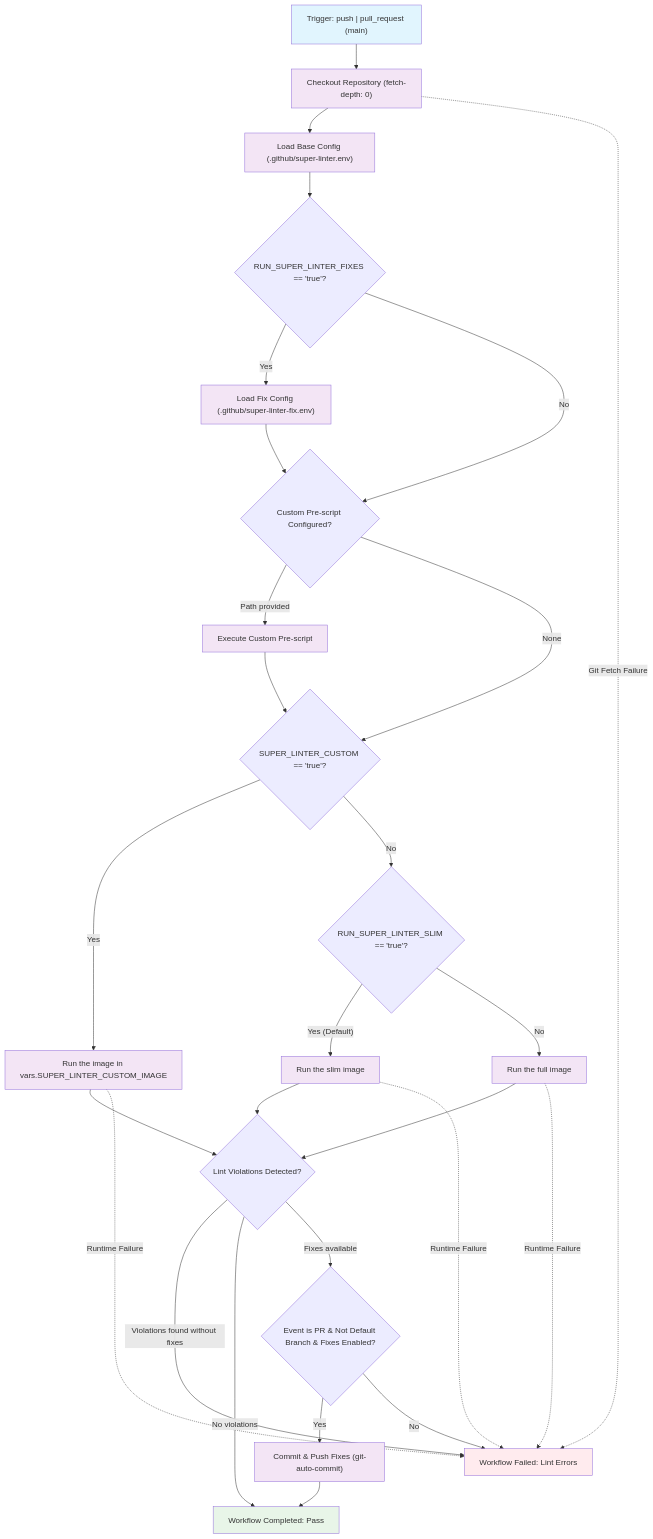
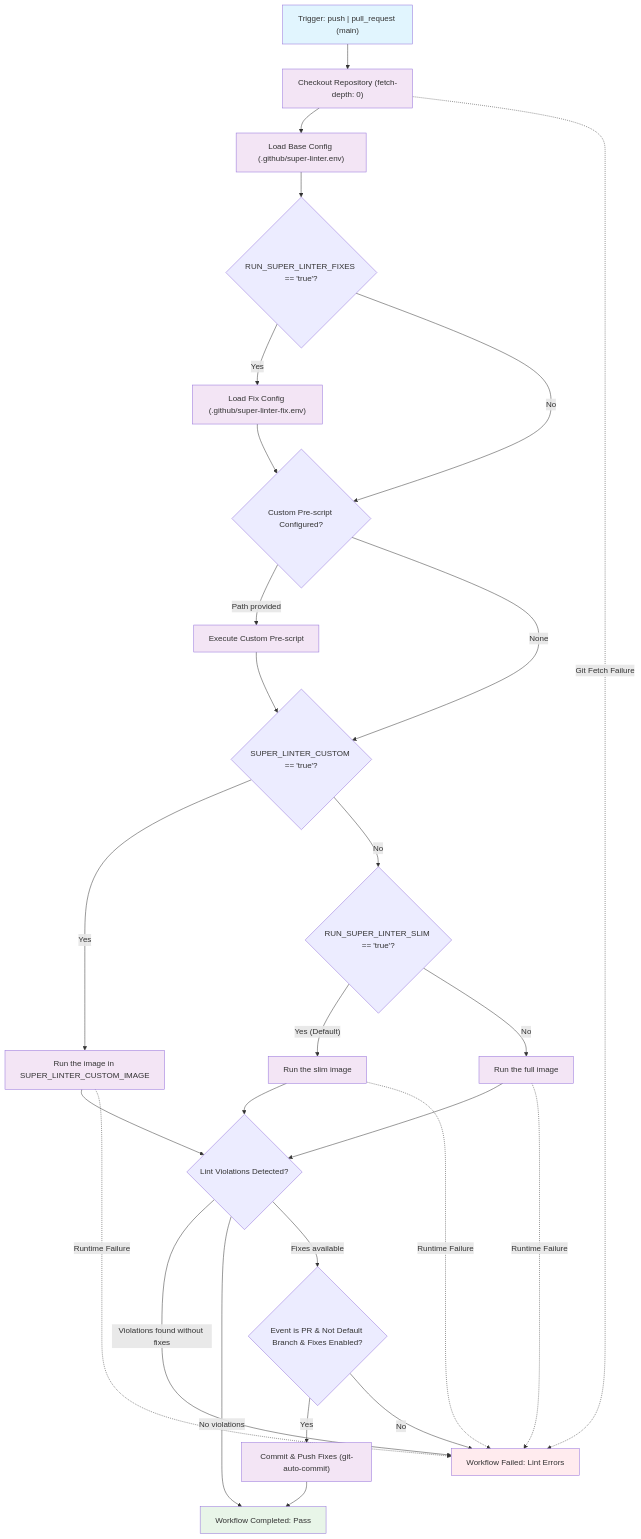
Before and after one commit to ghwfxlab/ghwm-registry: the diagram in workflows/super-linter/spec-process-cicd-super-linter.md, drawn with Mermaid. The commit also changed other lines of this file and 2 other files, not shown here.

Commit message:
fix(super-linter): show the custom image as a workflow env and fix the install version

````diff
--- a/workflows/super-linter/spec-process-cicd-super-linter.md
+++ b/workflows/super-linter/spec-process-cicd-super-linter.md
@@ -28,41 +28,41 @@
 ```mermaid
 graph TD
     TriggerNode["Trigger: push | pull_request (main)"] --> Checkout["Checkout Repository (fetch-depth: 0)"]
     Checkout --> LoadConfig["Load Base Config (.github/super-linter.env)"]
     LoadConfig --> CheckFixConfig{"RUN_SUPER_LINTER_FIXES == 'true'?"}
     CheckFixConfig -->|"Yes"| LoadFixConfig["Load Fix Config (.github/super-linter-fix.env)"]
     CheckFixConfig -->|"No"| CheckCustomScript{"Custom Pre-script Configured?"}
     LoadFixConfig --> CheckCustomScript
     CheckCustomScript -->|"Path provided"| RunCustomScript["Execute Custom Pre-script"]
     CheckCustomScript -->|"None"| SelectImage{"SUPER_LINTER_CUSTOM == 'true'?"}
     RunCustomScript --> SelectImage
-    SelectImage -->|"Yes"| RunCustom["Run the image in vars.SUPER_LINTER_CUSTOM_IMAGE"]
+    SelectImage -->|"Yes"| RunCustom["Run the image in SUPER_LINTER_CUSTOM_IMAGE"]
     SelectImage -->|"No"| SelectRunner{"RUN_SUPER_LINTER_SLIM == 'true'?"}
     SelectRunner -->|"Yes (Default)"| RunSlim["Run the slim image"]
     SelectRunner -->|"No"| RunFull["Run the full image"]
     RunCustom --> EvalResults{"Lint Violations Detected?"}
     RunSlim --> EvalResults
     RunFull --> EvalResults
     EvalResults -->|"Violations found without fixes"| FailureNode["Workflow Failed: Lint Errors"]
     EvalResults -->|"No violations"| SuccessNode["Workflow Completed: Pass"]
     EvalResults -->|"Fixes available"| CheckAutoCommit{"Event is PR & Not Default Branch & Fixes Enabled?"}
     CheckAutoCommit -->|"Yes"| CommitFixes["Commit & Push Fixes (git-auto-commit)"]
     CheckAutoCommit -->|"No"| FailureNode
     CommitFixes --> SuccessNode
     Checkout -.->|"Git Fetch Failure"| FailureNode
     RunCustom -.->|"Runtime Failure"| FailureNode
     RunSlim -.->|"Runtime Failure"| FailureNode
     RunFull -.->|"Runtime Failure"| FailureNode
 
     style TriggerNode fill:#e1f5fe
     style SuccessNode fill:#e8f5e8
     style FailureNode fill:#ffebee
     style Checkout fill:#f3e5f5
     style LoadConfig fill:#f3e5f5
     style LoadFixConfig fill:#f3e5f5
     style RunCustomScript fill:#f3e5f5
     style RunCustom fill:#f3e5f5
     style RunSlim fill:#f3e5f5
     style RunFull fill:#f3e5f5
     style CommitFixes fill:#f3e5f5
 ```
````
